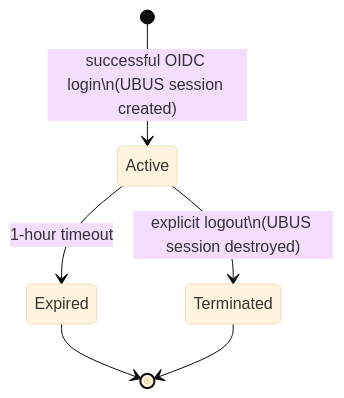
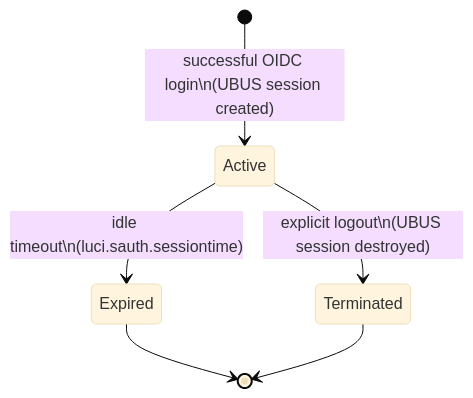
One commit to m00qek/luci-sso changed the diagram in docs/explanation/session-lifecycle.md. Above: the diagram before and after it, drawn with Mermaid (base theme). The commit also changed other lines of this file and 6 other files, not shown here.

````diff
--- a/docs/explanation/session-lifecycle.md
+++ b/docs/explanation/session-lifecycle.md
@@ -5,8 +5,8 @@
 ```mermaid
 stateDiagram-v2
     [*] --> Active : successful OIDC login\n(UBUS session created)
-    Active --> Expired : 1-hour timeout
+    Active --> Expired : idle timeout\n(luci.sauth.sessiontime)
     Active --> Terminated : explicit logout\n(UBUS session destroyed)
     Expired --> [*]
     Terminated --> [*]
 ```
````
